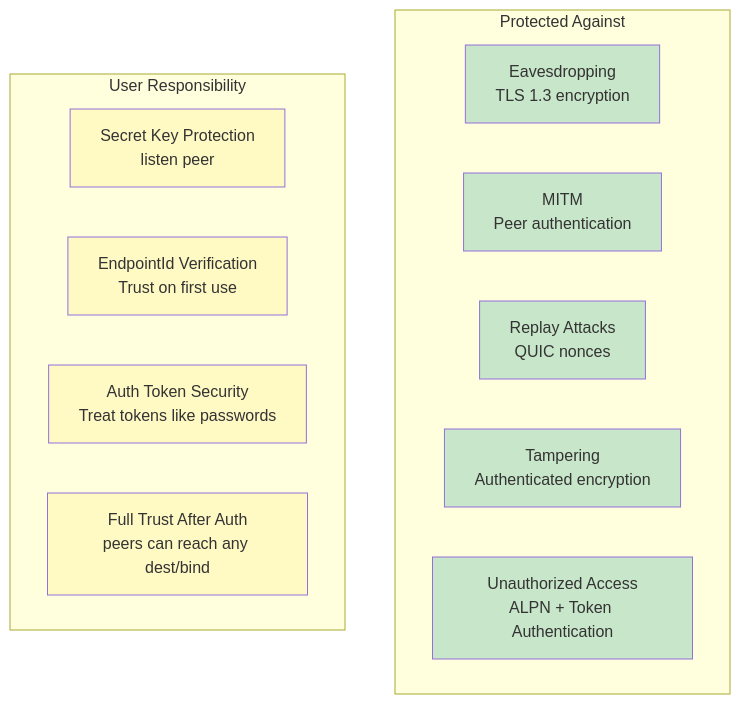
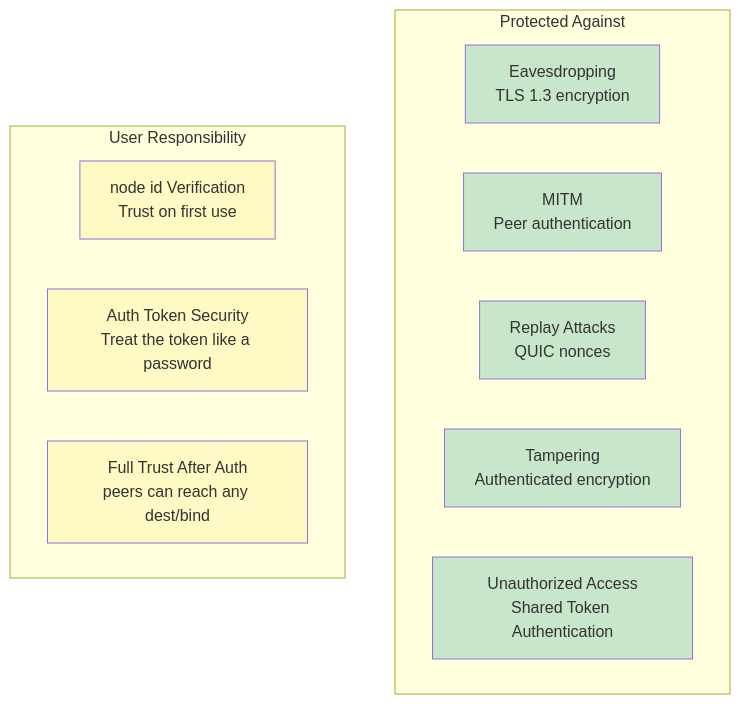
One commit to andrewtheguy/duopipe changed diagram 19 of 25 in docs/ARCHITECTURE.md. Above: the diagram before and after it, drawn with Mermaid. The commit also changed other lines of this file and 14 other files, not shown here.

````diff
--- a/docs/ARCHITECTURE.md
+++ b/docs/ARCHITECTURE.md
@@ -743,28 +689,26 @@
 ```mermaid
 graph TB
     subgraph "Protected Against"
         A[Eavesdropping<br/>TLS 1.3 encryption]
         B[MITM<br/>Peer authentication]
         C[Replay Attacks<br/>QUIC nonces]
         D[Tampering<br/>Authenticated encryption]
-        E2[Unauthorized Access<br/>ALPN + Token Authentication]
+        E2[Unauthorized Access<br/>Shared Token Authentication]
     end
 
     subgraph "User Responsibility"
-        F[Secret Key Protection<br/>listen peer]
-        G[EndpointId Verification<br/>Trust on first use]
-        H[Auth Token Security<br/>Treat tokens like passwords]
+        G[node id Verification<br/>Trust on first use]
+        H[Auth Token Security<br/>Treat the token like a password]
         I[Full Trust After Auth<br/>peers can reach any dest/bind]
     end
 
     style A fill:#C8E6C9
     style B fill:#C8E6C9
     style C fill:#C8E6C9
     style D fill:#C8E6C9
     style E2 fill:#C8E6C9
 
-    style F fill:#FFF9C4
     style G fill:#FFF9C4
     style H fill:#FFF9C4
     style I fill:#FFF9C4
 ```
````
